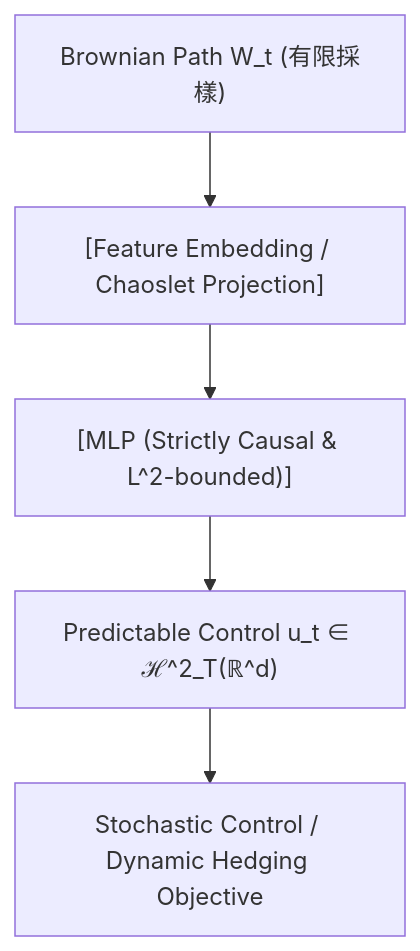
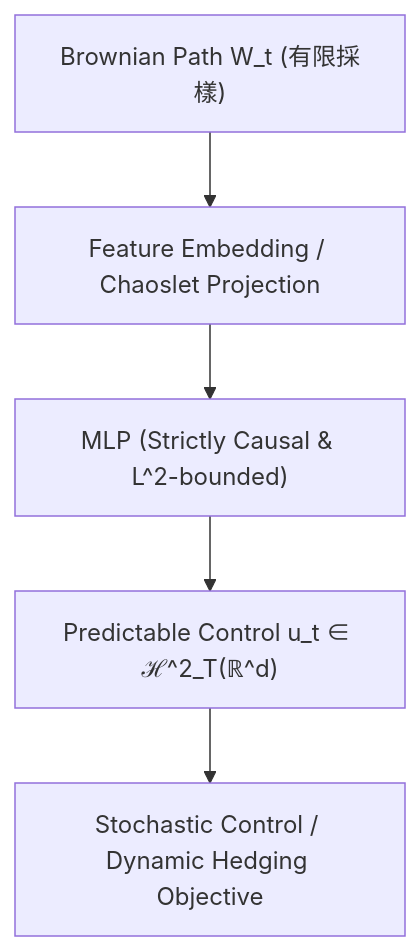
One commit to sou350121/Trading-Handbook changed the diagram in foundations/reinforcement-learning/neuralchaos.md. Above: the diagram before and after it, drawn with Mermaid. The commit also changed other lines of this file and 191 other files, not shown here.

First line of the commit message:
render: fix math + mermaid for GitHub across the corpus (188 pages)

````diff
--- a/foundations/reinforcement-learning/neuralchaos.md
+++ b/foundations/reinforcement-learning/neuralchaos.md
@@ -33,7 +33,7 @@
 ```mermaid
 flowchart TD
-    A["Brownian Path W_t (有限採樣)"] --> B["[Feature Embedding / Chaoslet Projection]"]
-    B --> C["[MLP (Strictly Causal & L^2-bounded)]"]
+    A["Brownian Path W_t (有限採樣)"] --> B["Feature Embedding / Chaoslet Projection"]
+    B --> C["MLP (Strictly Causal &amp; L^2-bounded)"]
     C --> D["Predictable Control u_t ∈ ℋ^2_T(ℝ^d)"]
     D --> E["Stochastic Control / Dynamic Hedging Objective"]
 ```
````
